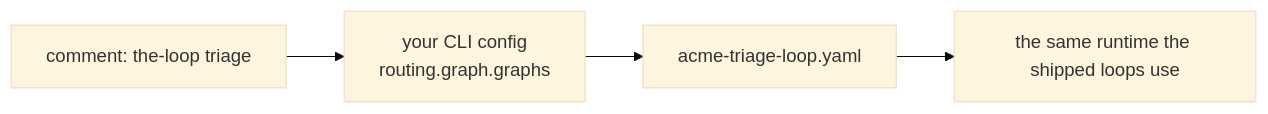
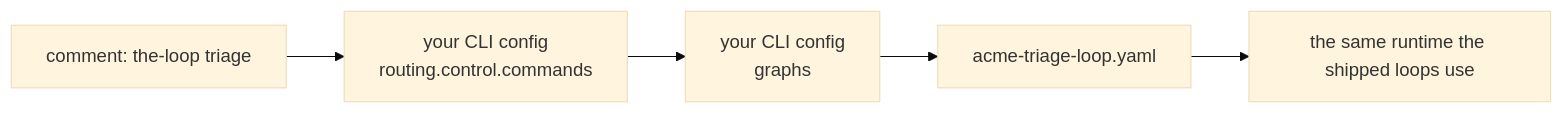
Before and after one commit to MadaraUchiha-314/the-loop: the diagram in docs/cli/graphs.md, drawn with Mermaid (base theme). The commit also changed other lines of this file and 41 other files, not shown here.

First line of the commit message:
refactor(issue-343): top-level graphs, commands bound under routing.control.commands

````diff
--- a/docs/cli/graphs.md
+++ b/docs/cli/graphs.md
@@ -11,6 +11,7 @@
 ```mermaid
 flowchart LR
-  CMT["comment: the-loop triage"] --> CFG["your CLI config<br/>routing.graph.graphs"]
+  CMT["comment: the-loop triage"] --> CMD["your CLI config<br/>routing.control.commands"]
+  CMD --> CFG["your CLI config<br/>graphs"]
   CFG --> G["acme-triage-loop.yaml"]
   G --> RT["the same runtime the shipped loops use"]
 ```
````
